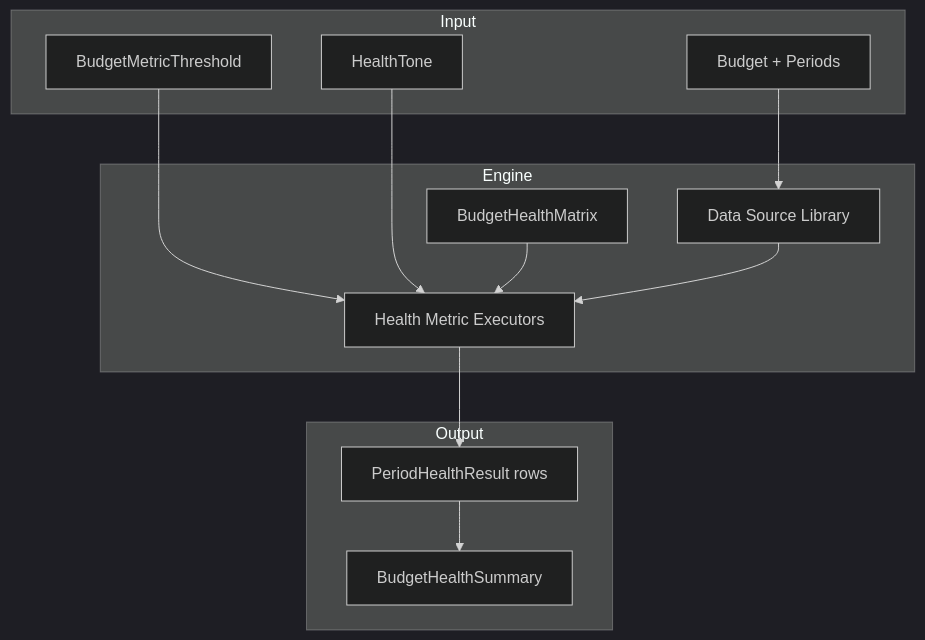
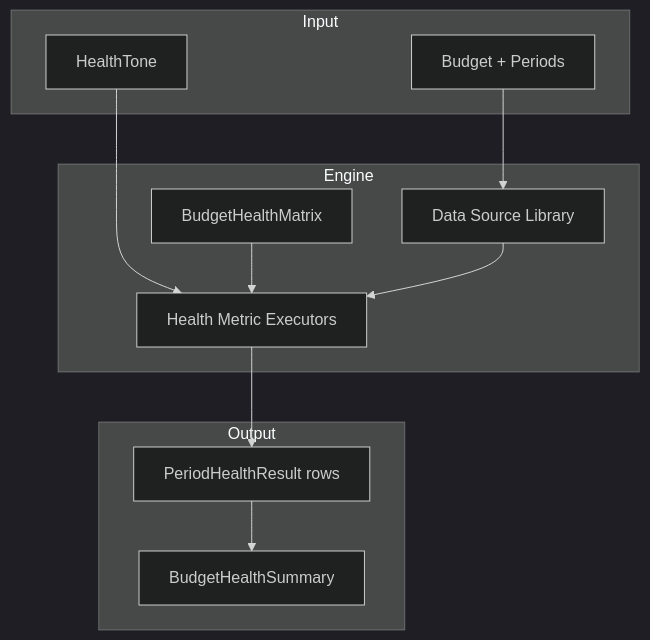
One commit to mixednutts/dosh changed the diagram in docs/plans/BUDGET_HEALTH_ENGINE_PLAN.md. Above: the diagram before and after it, drawn with Mermaid (dark theme). The commit also changed other lines of this file and 23 other files, not shown here.

````diff
--- a/docs/plans/BUDGET_HEALTH_ENGINE_PLAN.md
+++ b/docs/plans/BUDGET_HEALTH_ENGINE_PLAN.md
@@ -310,24 +284,22 @@
 ```mermaid
 flowchart TB
     subgraph Input
         B[Budget + Periods]
-        T[BudgetMetricThreshold]
         Tone[HealthTone]
     end
     subgraph Engine
         M[BudgetHealthMatrix]
         DS[Data Source Library]
         HM[Health Metric Executors]
     end
     subgraph Output
         PHR[PeriodHealthResult rows]
         BHS[BudgetHealthSummary]
     end
     B --> DS
-    T --> HM
     Tone --> HM
     M --> HM
     DS --> HM
     HM --> PHR
     PHR --> BHS
 ```
````
